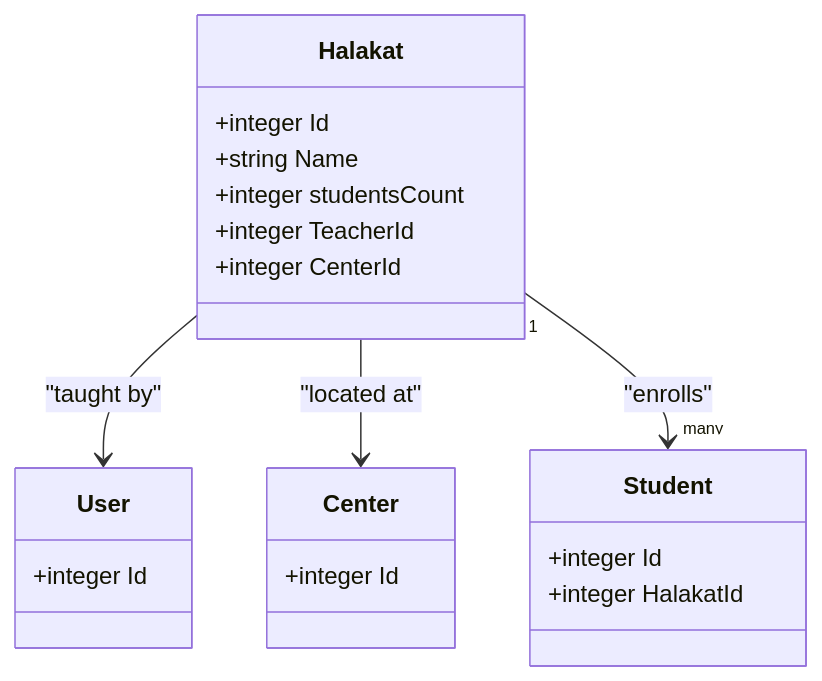
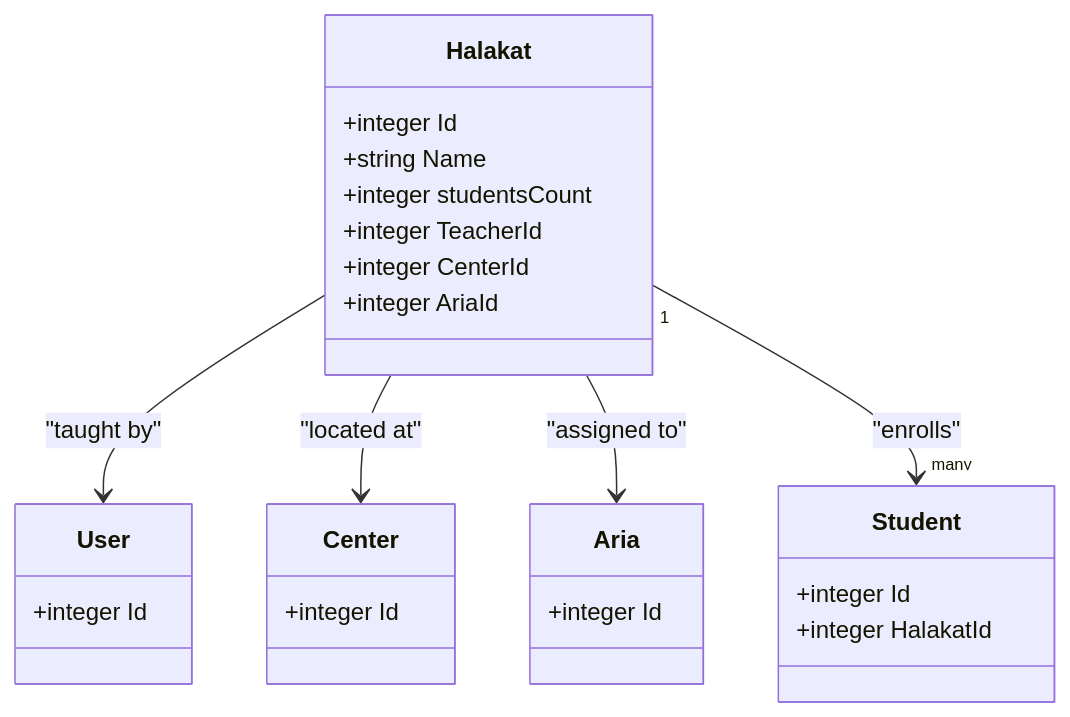
The sixth of 12 diagrams in .qoder/repowiki/en/content/Feature Modules/Feature Modules.md (Mreng78/khirocom_project), drawn with Mermaid before and after one commit. The commit also changed other lines of this file and 6 other files, not shown here.

````diff
--- a/.qoder/repowiki/en/content/Feature Modules/Feature Modules.md
+++ b/.qoder/repowiki/en/content/Feature Modules/Feature Modules.md
@@ -249,23 +339,28 @@
 ```mermaid
 classDiagram
 class Halakat {
 +integer Id
 +string Name
 +integer studentsCount
 +integer TeacherId
 +integer CenterId
++integer AriaId
 }
 class User {
 +integer Id
 }
 class Center {
++integer Id
+}
+class Aria {
 +integer Id
 }
 class Student {
 +integer Id
 +integer HalakatId
 }
 Halakat --> User : "taught by"
 Halakat --> Center : "located at"
+Halakat --> Aria : "assigned to"
 Halakat "1" --> "many" Student : "enrolls"
 ```
````
